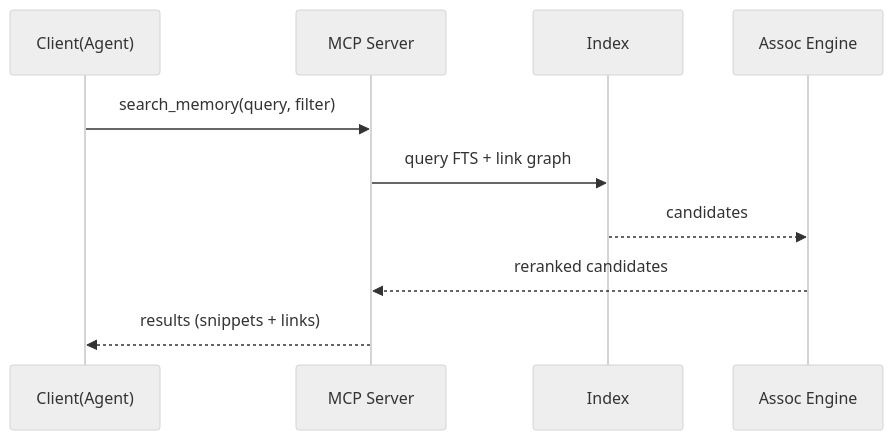
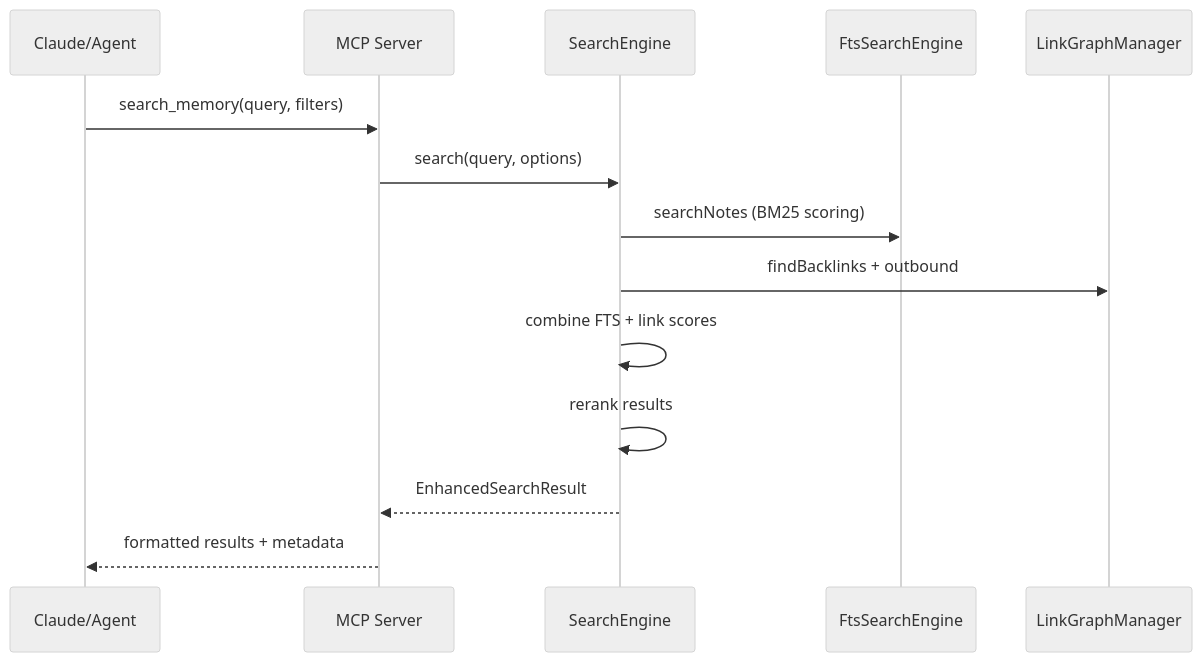
Before and after one commit to inchan/memory-mcp: the second of 3 diagrams in docs/ARCHITECTURE.md, drawn with Mermaid (neutral theme). The commit also changed other lines of this file and 29 other files, not shown here.

````diff
--- a/docs/ARCHITECTURE.md
+++ b/docs/ARCHITECTURE.md
@@ -34,13 +64,17 @@
 ```mermaid
 sequenceDiagram
-    participant Client as Client(Agent)
+    participant Client as Claude/Agent
     participant MCP as MCP Server
-    participant Index as Index
-    participant Assoc as Assoc Engine
+    participant SearchEngine as SearchEngine
+    participant FTS as FtsSearchEngine
+    participant LinkGraph as LinkGraphManager
 
-    Client->>MCP: search_memory(query, filter)
-    MCP->>Index: query FTS + link graph
-    Index-->>Assoc: candidates
-    Assoc-->>MCP: reranked candidates
-    MCP-->>Client: results (snippets + links)
+    Client->>MCP: search_memory(query, filters)
+    MCP->>SearchEngine: search(query, options)
+    SearchEngine->>FTS: searchNotes (BM25 scoring)
+    SearchEngine->>LinkGraph: findBacklinks + outbound
+    SearchEngine->>SearchEngine: combine FTS + link scores
+    SearchEngine->>SearchEngine: rerank results
+    SearchEngine-->>MCP: EnhancedSearchResult
+    MCP-->>Client: formatted results + metadata
 ```
````
